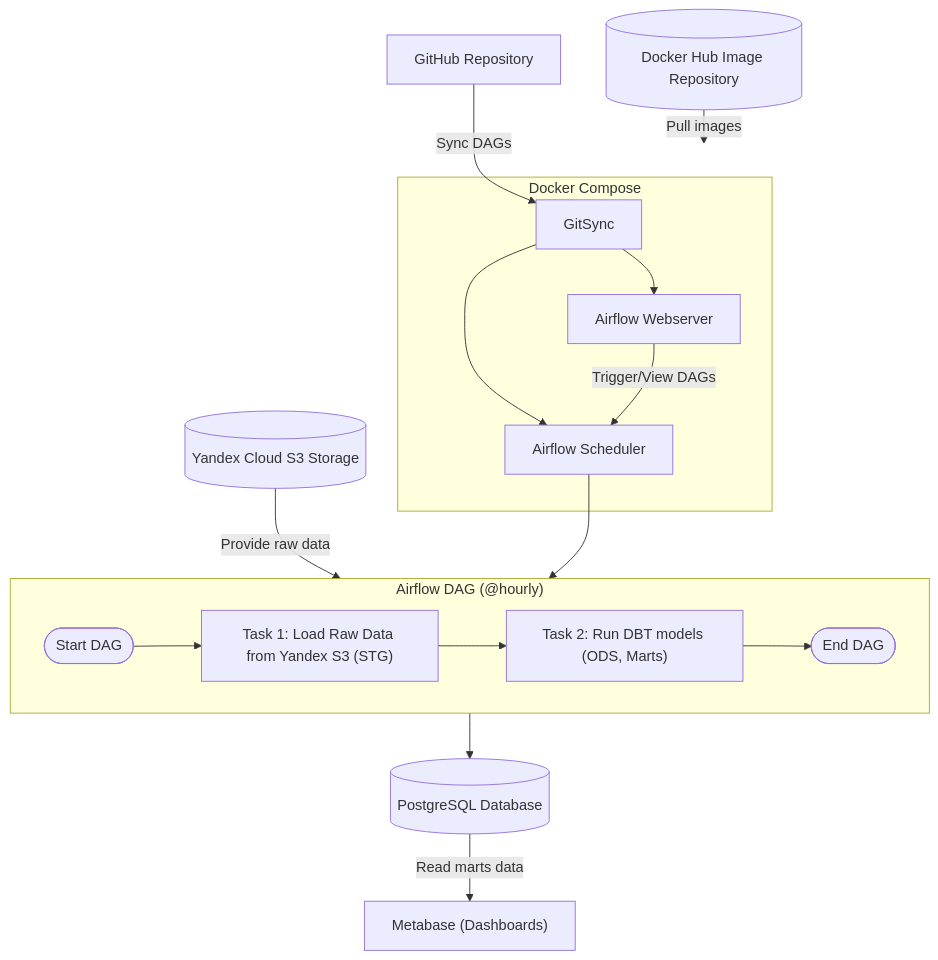
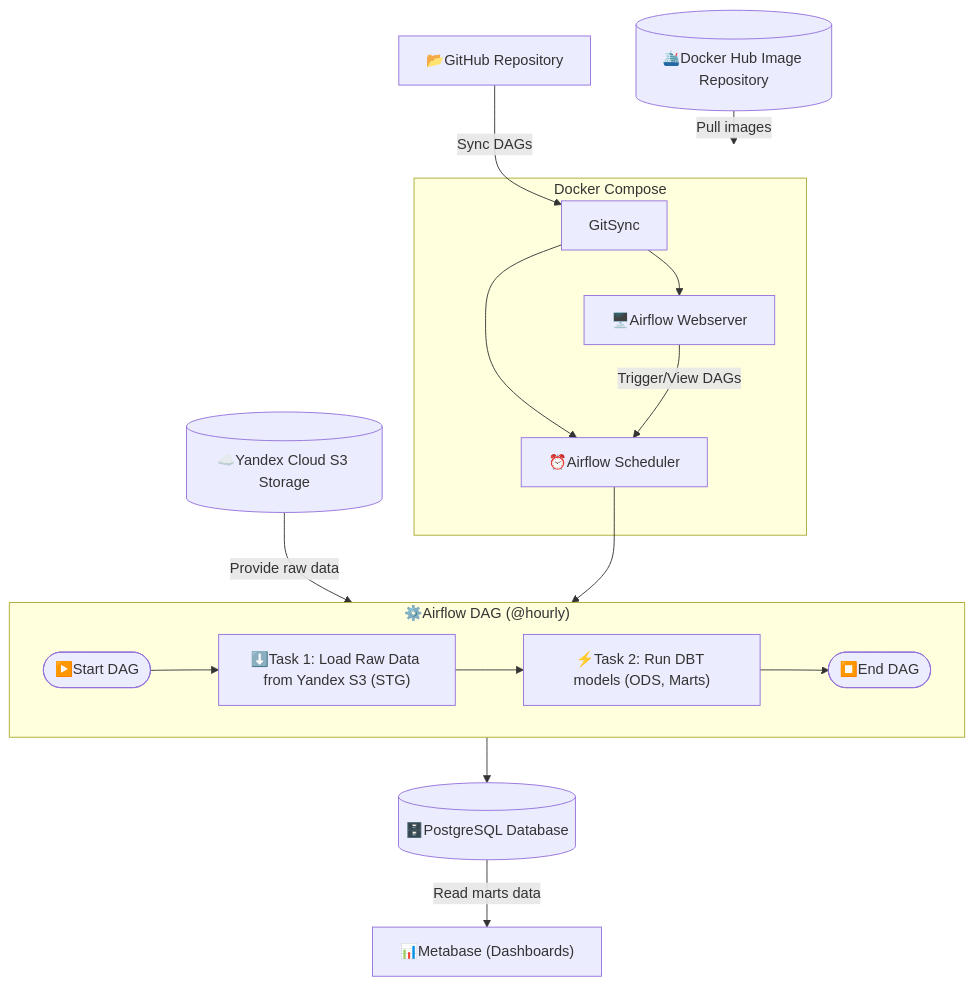
One commit to datavia/etl-airflow-dbt-metabase changed the first of 2 diagrams in README.md. Above: the diagram before and after it, drawn with Mermaid.

Commit message:
add icons

````diff
--- a/README.md
+++ b/README.md
@@ -88,28 +88,28 @@
 ```mermaid
 flowchart TD
-    DockerHub[(Docker Hub Image Repository)] -->|Pull images| DockerCompose
-    GitHub["GitHub Repository"] -->|Sync DAGs| GitSync
+    DockerHub[(🛳️Docker Hub Image Repository)] -->|Pull images| DockerCompose
+    GitHub["📂GitHub Repository"] -->|Sync DAGs| GitSync
 
     subgraph DockerCompose["Docker Compose"]
-        Webserver[Airflow Webserver]
-        Scheduler[Airflow Scheduler]
+        Webserver[🖥️Airflow Webserver]
+        Scheduler[⏰Airflow Scheduler]
         GitSync["GitSync "]
     end
 
     GitSync --> Webserver
     GitSync --> Scheduler
 
     Scheduler --> DAG
 
-    subgraph DAG["Airflow DAG (@hourly)"]
+    subgraph DAG["⚙️Airflow DAG (@hourly)"]
         direction LR
-        DAGStart([Start DAG]) --> Task1_LoadS3["Task 1: Load Raw Data from Yandex S3 (STG)"] --> Task2_DBT["Task 2: Run DBT models (ODS, Marts)"] --> DAGEnd([End DAG])
+        DAGStart([▶️Start DAG]) --> Task1_LoadS3["⬇️Task 1: Load Raw Data from Yandex S3 (STG)"] --> Task2_DBT["⚡Task 2: Run DBT models (ODS, Marts)"] --> DAGEnd([⏹️End DAG])
     end
 
-    YandexS3[(Yandex Cloud S3 Storage)] -->|Provide raw data| Task1_LoadS3
+    YandexS3[(☁️Yandex Cloud S3 Storage)] -->|Provide raw data| Task1_LoadS3
 
-    Task2_DBT --> PostgreSQL[(PostgreSQL Database)]
+    Task2_DBT --> PostgreSQL[(🗄️PostgreSQL Database)]
 
     Webserver -->|Trigger/View DAGs| Scheduler
-    PostgreSQL -->|Read marts data| Metabase["Metabase (Dashboards)"]
+    PostgreSQL -->|Read marts data| Metabase["📊Metabase (Dashboards)"]
 ```
````
